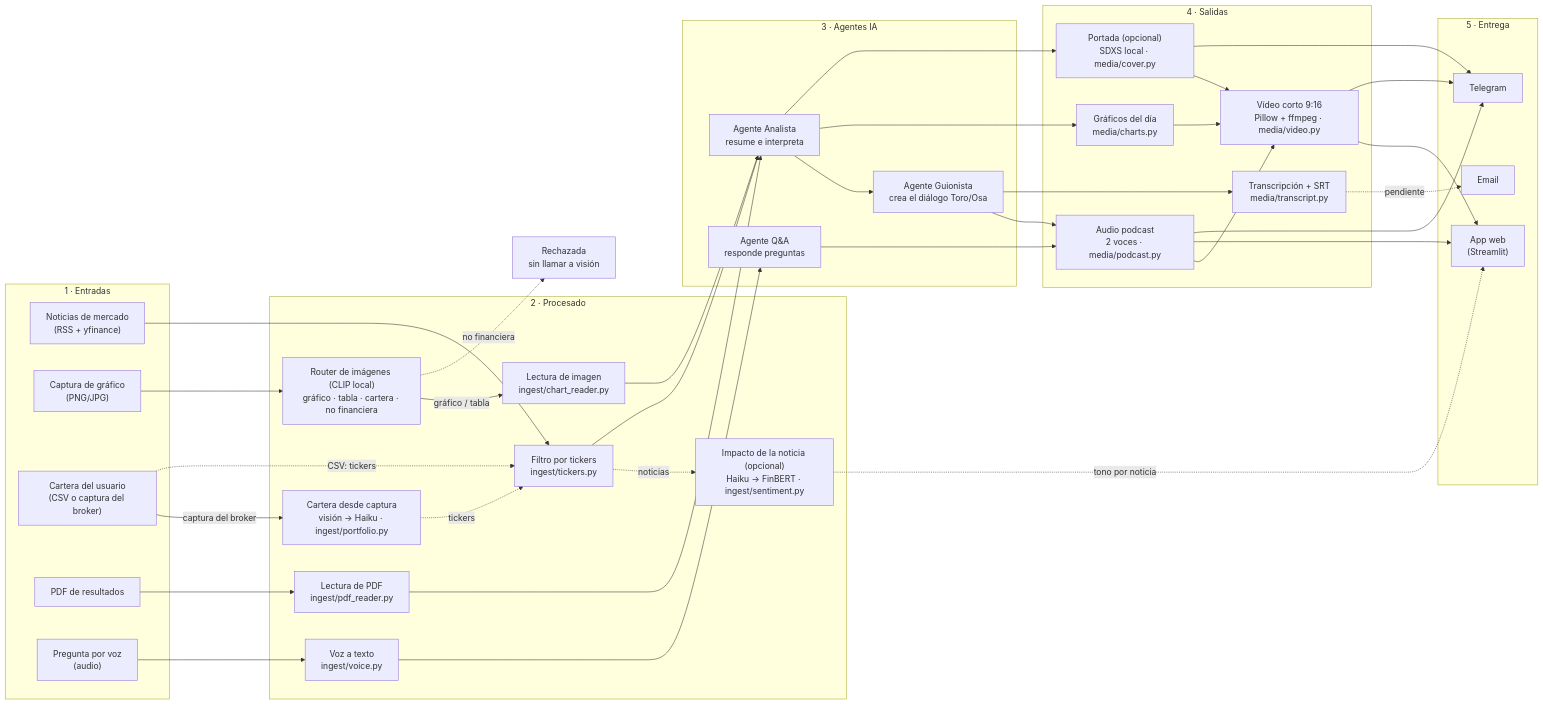
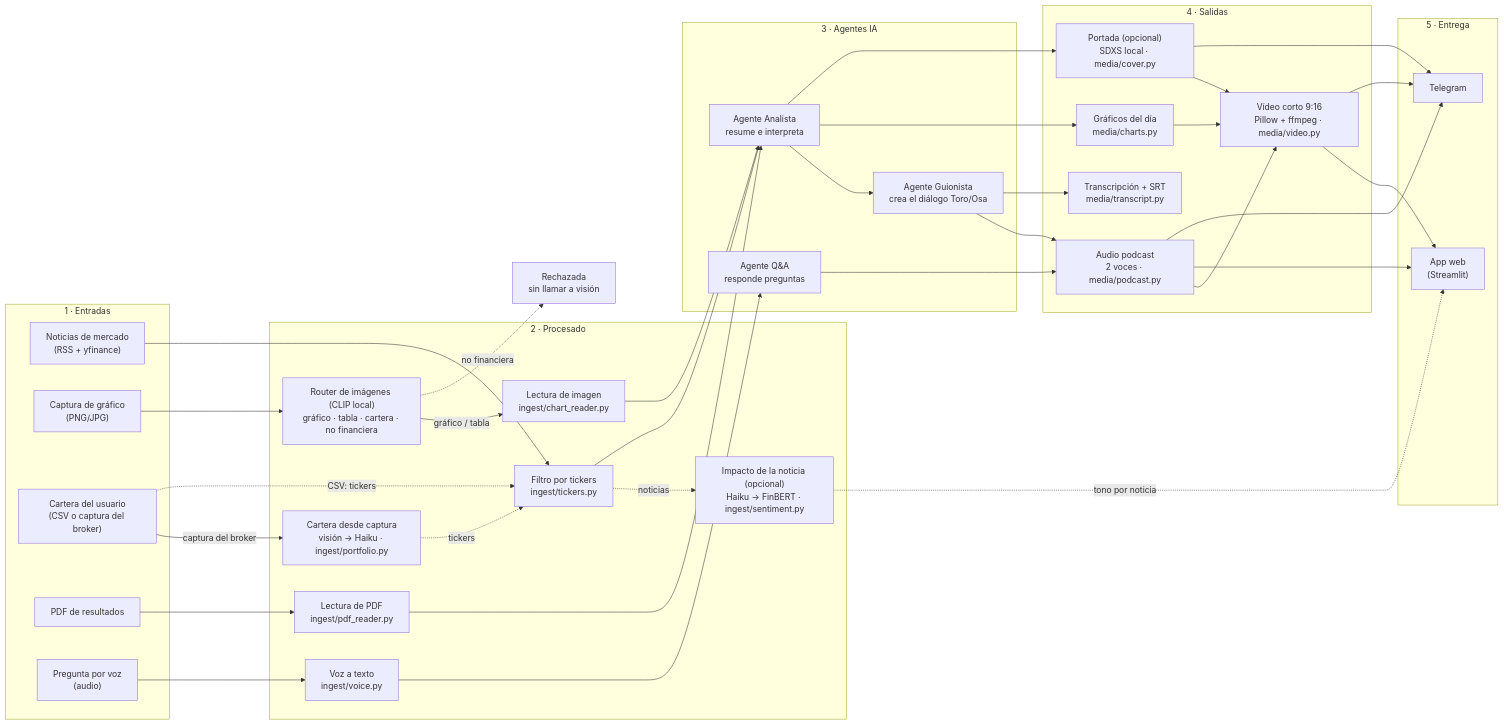
One commit to Romequinco/multimodal-market-briefer changed the first of 2 diagrams in README.md. Above: the diagram before and after it, drawn with Mermaid. The commit also changed other lines of this file and 28 other files, not shown here.

````diff
--- a/README.md
+++ b/README.md
@@ -110,74 +110,72 @@
 ```mermaid
 flowchart LR
     subgraph E["1 · Entradas"]
         N["Noticias de mercado<br/>(RSS + yfinance)"]
         G["Captura de gráfico<br/>(PNG/JPG)"]
         C["Cartera del usuario<br/>(CSV o captura del broker)"]
         P["PDF de resultados"]
         V["Pregunta por voz<br/>(audio)"]
     end
 
     subgraph PR["2 · Procesado"]
         FT["Filtro por tickers<br/>ingest/tickers.py"]
         RI["Router de imágenes (CLIP local)<br/>gráfico · tabla · cartera · no financiera"]
         LI["Lectura de imagen<br/>ingest/chart_reader.py"]
         LC["Cartera desde captura<br/>visión → Haiku · ingest/portfolio.py"]
         LP["Lectura de PDF<br/>ingest/pdf_reader.py"]
         VT["Voz a texto<br/>ingest/voice.py"]
         IM["Impacto de la noticia (opcional)<br/>Haiku → FinBERT · ingest/sentiment.py"]
     end
 
     subgraph AG["3 · Agentes IA"]
         AN["Agente Analista<br/>resume e interpreta"]
         GU["Agente Guionista<br/>crea el diálogo Toro/Osa"]
         QA["Agente Q&A<br/>responde preguntas"]
     end
 
     subgraph S["4 · Salidas"]
         GD["Gráficos del día<br/>media/charts.py"]
         AU["Audio podcast<br/>2 voces · media/podcast.py"]
         TR["Transcripción + SRT<br/>media/transcript.py"]
         VI["Vídeo corto 9:16<br/>Pillow + ffmpeg · media/video.py"]
         PO["Portada (opcional)<br/>SDXS local · media/cover.py"]
     end
 
     subgraph D["5 · Entrega"]
         W["App web<br/>(Streamlit)"]
-        EM["Email"]
         TG["Telegram"]
     end
 
     N --> FT
     FT -. noticias .-> IM
     G --> RI
     RI -- "gráfico / tabla" --> LI
     RI -. "no financiera" .-> RX["Rechazada<br/>sin llamar a visión"]
     C -- "captura del broker" --> LC
     LC -. tickers .-> FT
     C -. "CSV: tickers" .-> FT
     P --> LP
     V --> VT
 
     FT --> AN
     LI --> AN
     LP --> AN
     VT --> QA
 
     AN --> GU
     AN --> GD
     GU --> AU
     GU --> TR
     QA --> AU
 
     AN --> PO
     GD --> VI
     PO --> VI
     AU --> VI
     AU --> W
     VI --> W
-    TR -. pendiente .-> EM
     IM -. tono por noticia .-> W
     AU --> TG
     VI --> TG
     PO --> TG
 ```
````
